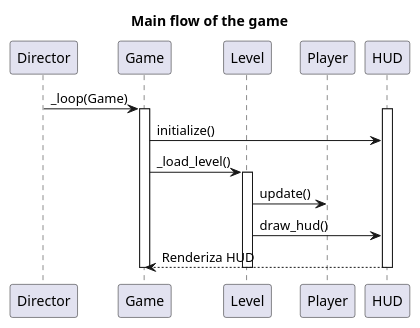
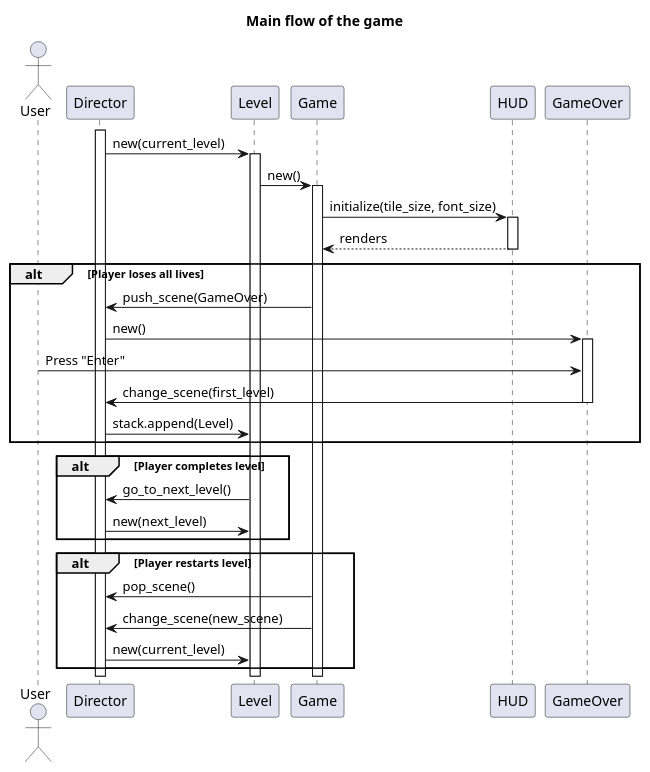
The diagram in docs/diagrams/main_flow_game_sequence_diagram.pu (Tejon-Company/Tejon-Jumper), drawn with PlantUML before and after one commit. The commit also changed 3 other files, not shown here.

Commit message:
Add sequence diagrams

```diff
--- a/docs/diagrams/main_flow_game_sequence_diagram.pu
+++ b/docs/diagrams/main_flow_game_sequence_diagram.pu
@@ -1,24 +1,43 @@
 @startuml Main Flow Game Sequence Diagram
 
 title Main flow of the game 
 
+actor User
 participant Director
+participant Level
 participant Game
-participant Level
-participant Player
 participant HUD
+participant GameOver
 
-Director -> Game: _loop(Game)
+activate Director
+Director -> Level: new(current_level)
+activate Level
+Level -> Game : new()
 activate Game
+Game -> HUD : initialize(tile_size, font_size)
 activate HUD
-Game -> HUD: initialize()
-Game -> Level: _load_level()
-activate Level
-Level -> Player: update()
-Level -> HUD: draw_hud()
-HUD --> Game: Renderiza HUD
-deactivate Level
+HUD --> Game : renders
 deactivate HUD
-deactivate Game
+
+alt Player loses all lives
+    Game -> Director : push_scene(GameOver)
+    Director -> GameOver : new()
+    activate GameOver
+    User -> GameOver : Press "Enter"
+    GameOver -> Director : change_scene(first_level)
+    deactivate GameOver
+    Director -> Level : stack.append(Level)
+end
+
+alt Player completes level
+    Level -> Director : go_to_next_level()
+    Director -> Level : new(next_level)
+end
+
+alt Player restarts level
+    Game -> Director : pop_scene()
+    Game -> Director : change_scene(new_scene)
+    Director -> Level : new(current_level)
+end
 
 @enduml
```
